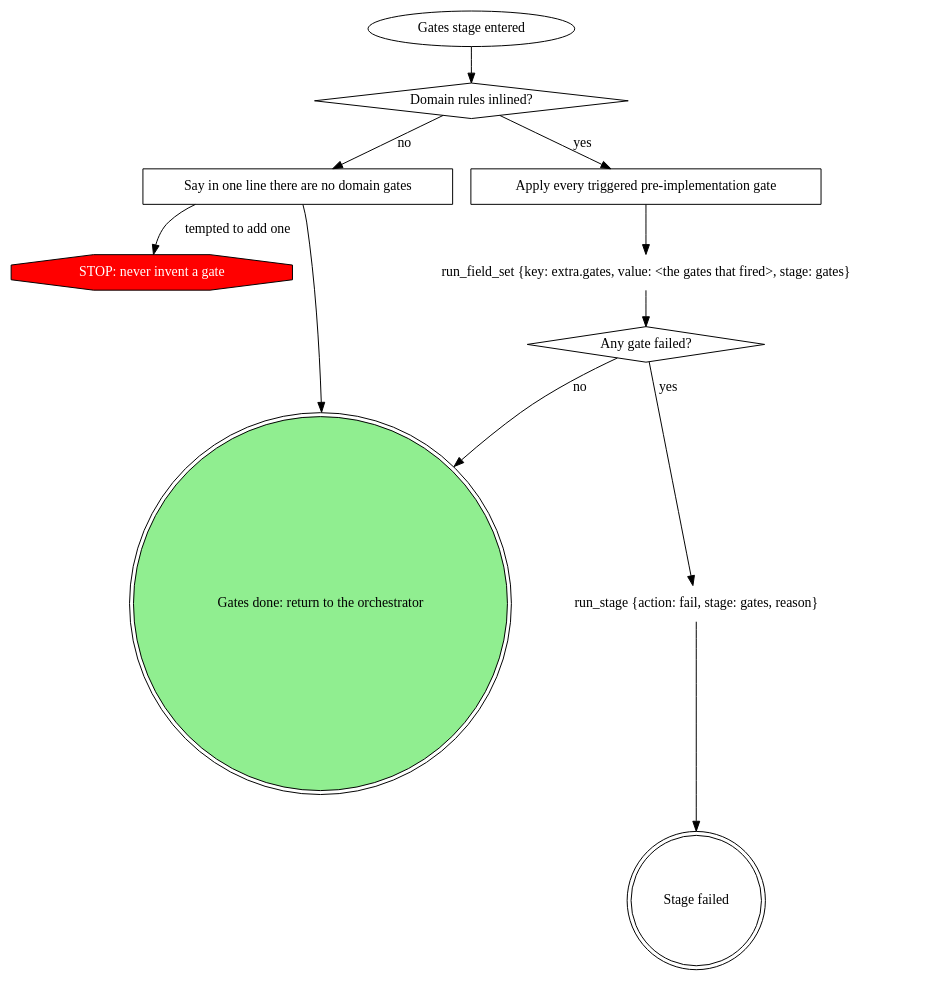
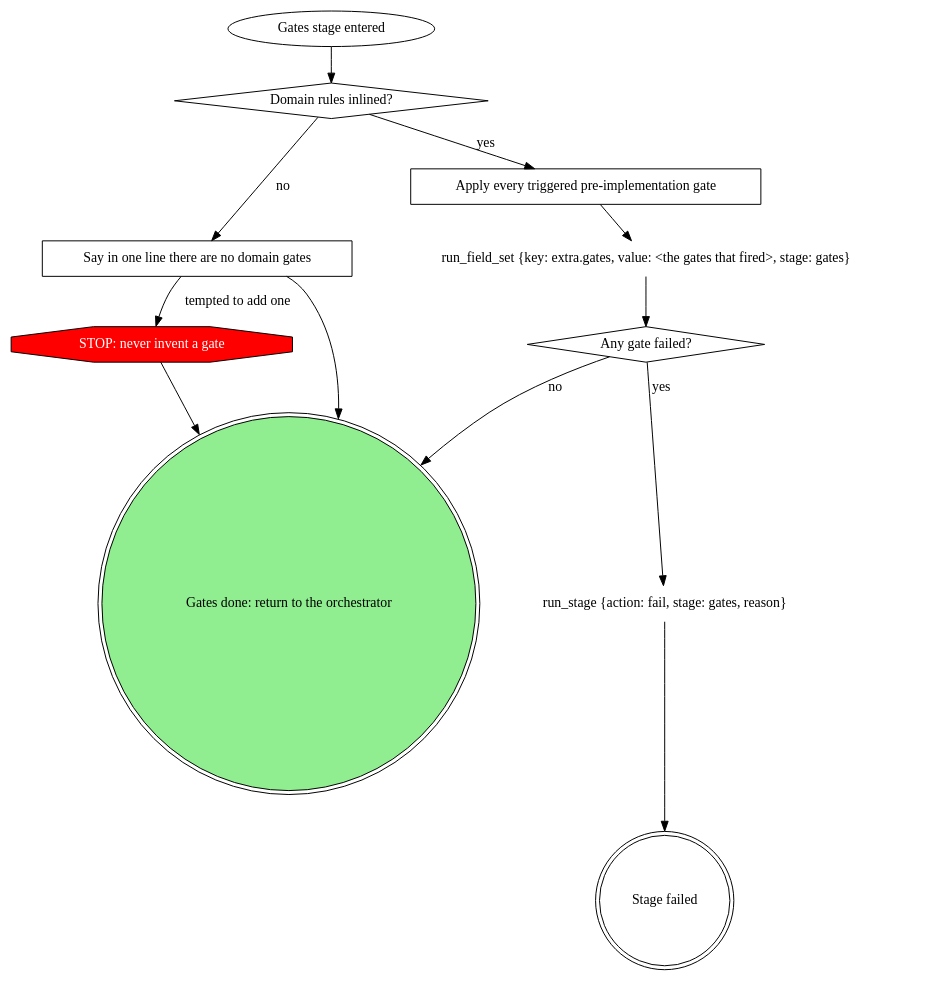
The diagram in attachments/work-next/work-next-gates/SKILL.md (m4ttstack/skills), drawn with Graphviz before and after one commit. The commit also changed other lines of this file and 3 other files, not shown here.

Commit message:
work-next: STOP precedence above every domain slot; gates STOP exits; implement can fail

````diff
--- a/attachments/work-next/work-next-gates/SKILL.md
+++ b/attachments/work-next/work-next-gates/SKILL.md
@@ -23,27 +23,28 @@
 ```dot
 digraph gates {
     rankdir=TB;
 
     "Gates stage entered" [shape=ellipse];
     "Domain rules inlined?" [shape=diamond];
     "Say in one line there are no domain gates" [shape=box];
     "STOP: never invent a gate" [shape=octagon style=filled fillcolor=red fontcolor=white];
     "Apply every triggered pre-implementation gate" [shape=box];
     "run_field_set {key: extra.gates, value: <the gates that fired>, stage: gates}" [shape=plaintext];
     "Any gate failed?" [shape=diamond];
     "run_stage {action: fail, stage: gates, reason}" [shape=plaintext];
     "Stage failed" [shape=doublecircle];
     "Gates done: return to the orchestrator" [shape=doublecircle style=filled fillcolor=lightgreen];
 
     "Gates stage entered" -> "Domain rules inlined?";
     "Domain rules inlined?" -> "Say in one line there are no domain gates" [label="no"];
     "Domain rules inlined?" -> "Apply every triggered pre-implementation gate" [label="yes"];
     "Say in one line there are no domain gates" -> "Gates done: return to the orchestrator";
     "Say in one line there are no domain gates" -> "STOP: never invent a gate" [label="tempted to add one"];
+    "STOP: never invent a gate" -> "Gates done: return to the orchestrator";
     "Apply every triggered pre-implementation gate" -> "run_field_set {key: extra.gates, value: <the gates that fired>, stage: gates}";
     "run_field_set {key: extra.gates, value: <the gates that fired>, stage: gates}" -> "Any gate failed?";
     "Any gate failed?" -> "run_stage {action: fail, stage: gates, reason}" [label="yes"];
     "Any gate failed?" -> "Gates done: return to the orchestrator" [label="no"];
     "run_stage {action: fail, stage: gates, reason}" -> "Stage failed";
 }
 ```
````
